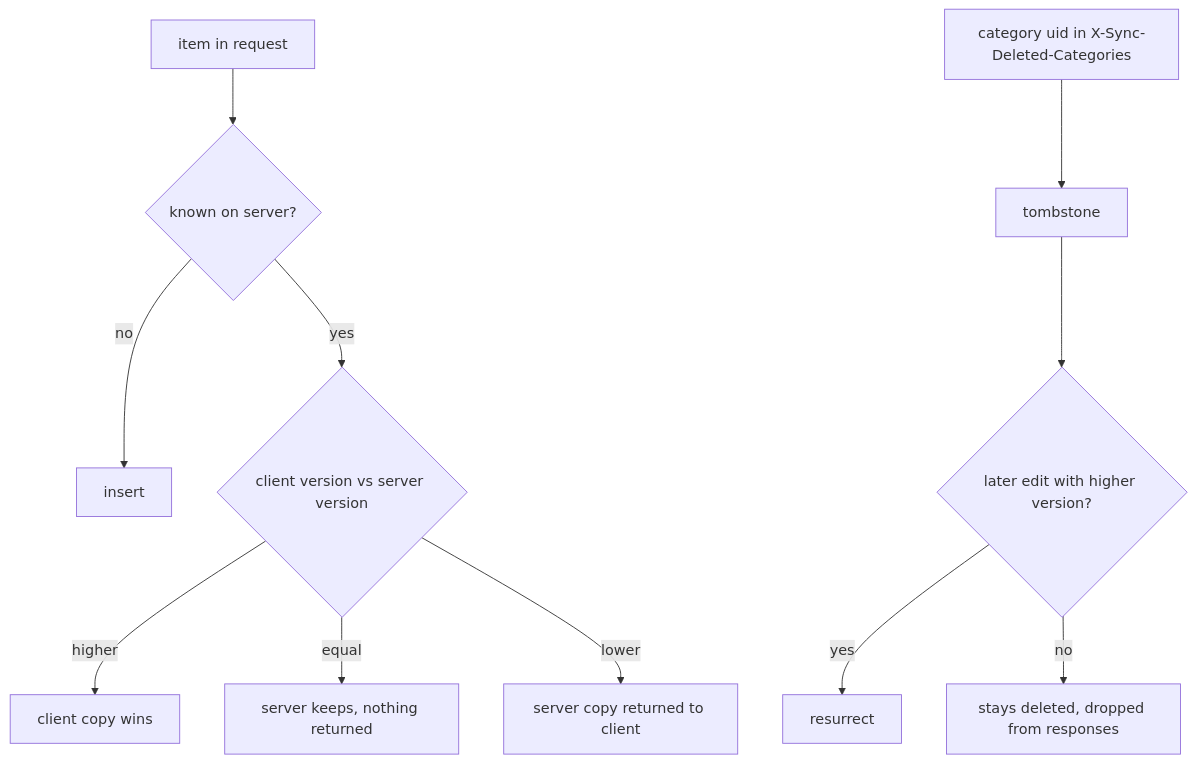
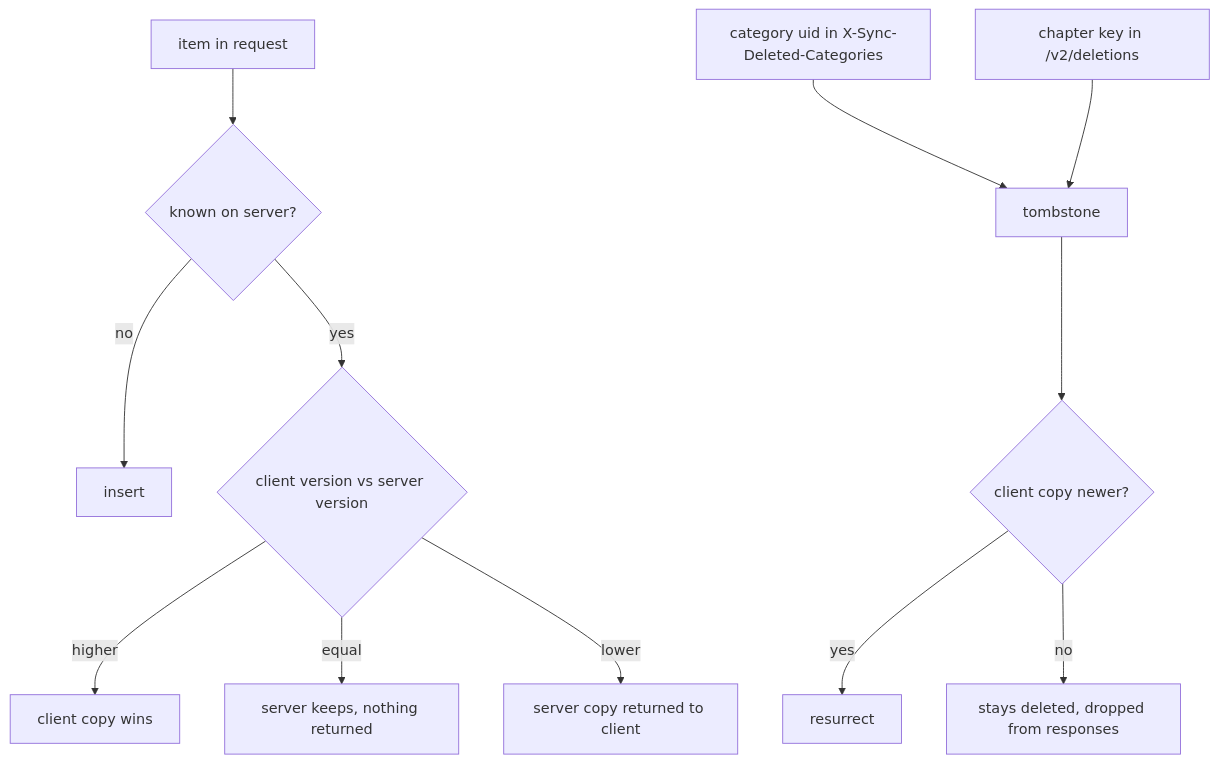
One commit to syncyomi/syncyomi changed the third of 3 diagrams in docs/sync-protocol-v2.md. Above: the diagram before and after it, drawn with Mermaid. The commit also changed other lines of this file and 17 other files, not shown here.

````diff
--- a/docs/sync-protocol-v2.md
+++ b/docs/sync-protocol-v2.md
@@ -94,13 +116,14 @@
 ```mermaid
 flowchart TD
     I[item in request] --> K{known on server?}
     K -- no --> INS[insert]
     K -- yes --> V{client version vs server version}
     V -- higher --> W[client copy wins]
     V -- equal --> KEEP[server keeps, nothing returned]
     V -- lower --> R[server copy returned to client]
     T[category uid in X-Sync-Deleted-Categories] --> TB[tombstone]
-    TB --> RES{later edit with higher version?}
+    C[chapter key in /v2/deletions] --> TB
+    TB --> RES{client copy newer?}
     RES -- yes --> RESURRECT[resurrect]
     RES -- no --> STAY[stays deleted, dropped from responses]
 ```
````
